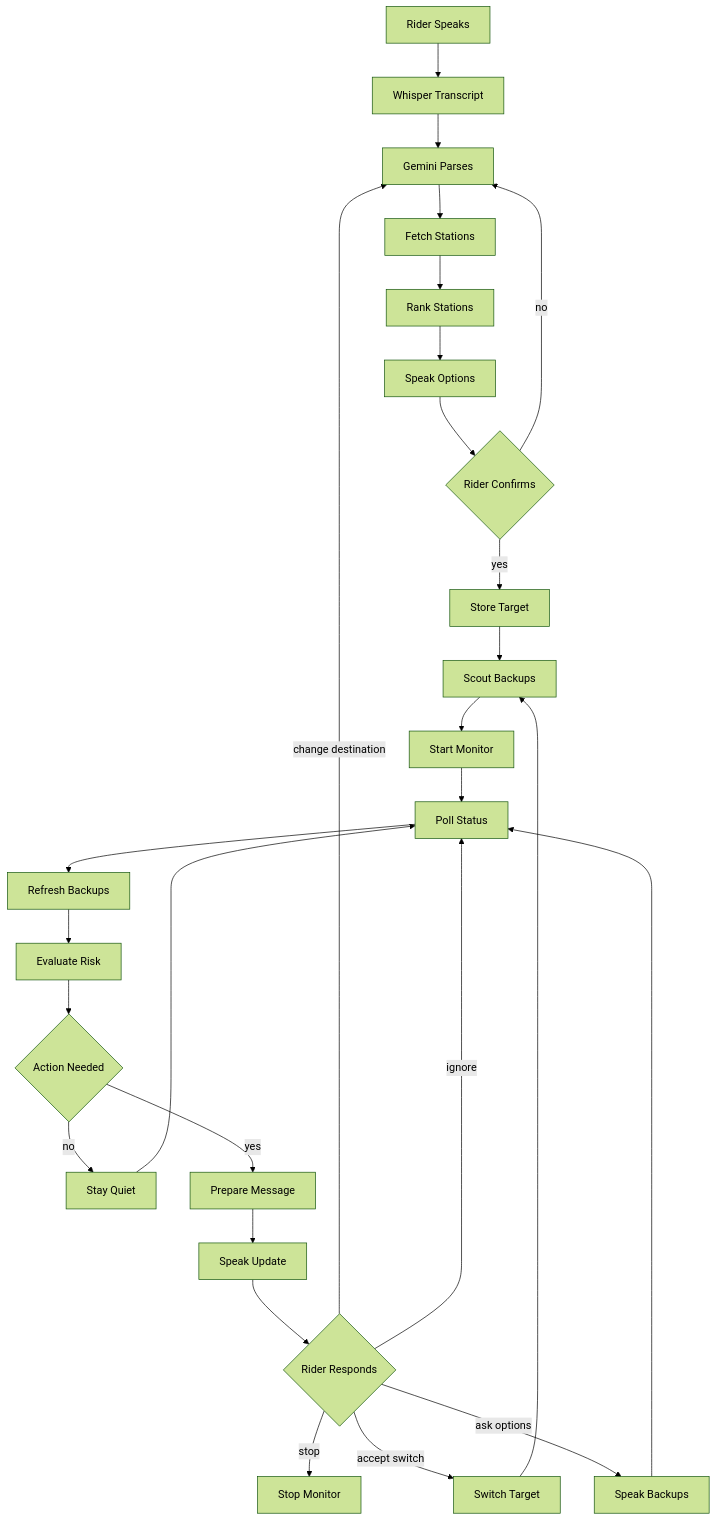
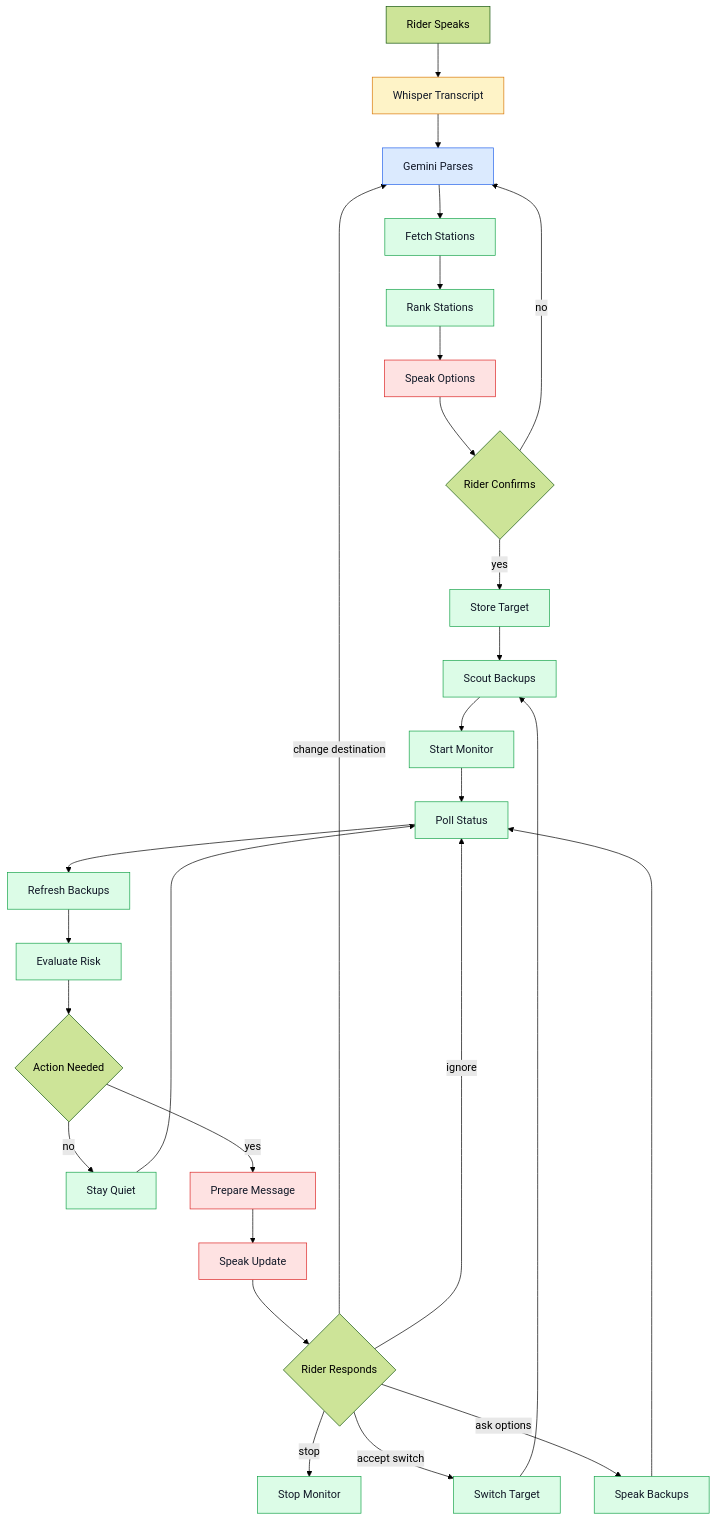
The second of 5 diagrams in diagrams/rider_journey_flow.md (tonydebat/docktalk), drawn with Mermaid (forest theme) before and after one commit. The commit also changed other lines of this file and 3 other files, not shown here.

Commit message:
color coded diagram and make target station more descriptive

````diff
--- a/diagrams/rider_journey_flow.md
+++ b/diagrams/rider_journey_flow.md
@@ -23,40 +43,50 @@
 ```mermaid
 flowchart TD
+    classDef gemini fill:#dbeafe,stroke:#2563eb,color:#111827
+    classDef app fill:#dcfce7,stroke:#16a34a,color:#111827
+    classDef external fill:#fef3c7,stroke:#d97706,color:#111827
+    classDef speech fill:#fee2e2,stroke:#dc2626,color:#111827
+
     %% Setup
     A["Rider Speaks"] --> B["Whisper Transcript"]
     B --> C["Gemini Parses"]
     C --> D["Fetch Stations"]
     D --> E["Rank Stations"]
     E --> F["Speak Options"]
     F --> G{"Rider Confirms"}
 
     %% Confirmation
     G -->|"yes"| H["Store Target"]
     G -->|"no"| C
     H --> I["Scout Backups"]
     I --> J["Start Monitor"]
 
     %% Monitoring
     J --> K["Poll Status"]
     K --> L["Refresh Backups"]
     L --> M["Evaluate Risk"]
     M --> N{"Action Needed"}
 
     %% Quiet path
     N -->|"no"| O["Stay Quiet"]
     O --> K
 
     %% Alert path
     N -->|"yes"| P["Prepare Message"]
     P --> Q["Speak Update"]
     Q --> R{"Rider Responds"}
 
     %% Rider response
     R -->|"accept switch"| S["Switch Target"]
     S --> I
     R -->|"ask options"| T["Speak Backups"]
     T --> K
     R -->|"change destination"| C
     R -->|"stop"| U["Stop Monitor"]
     R -->|"ignore"| K
+
+    class C gemini
+    class B external
+    class D,E,H,I,J,K,L,M,O,S,T,U app
+    class F,P,Q speech
 ```
````
